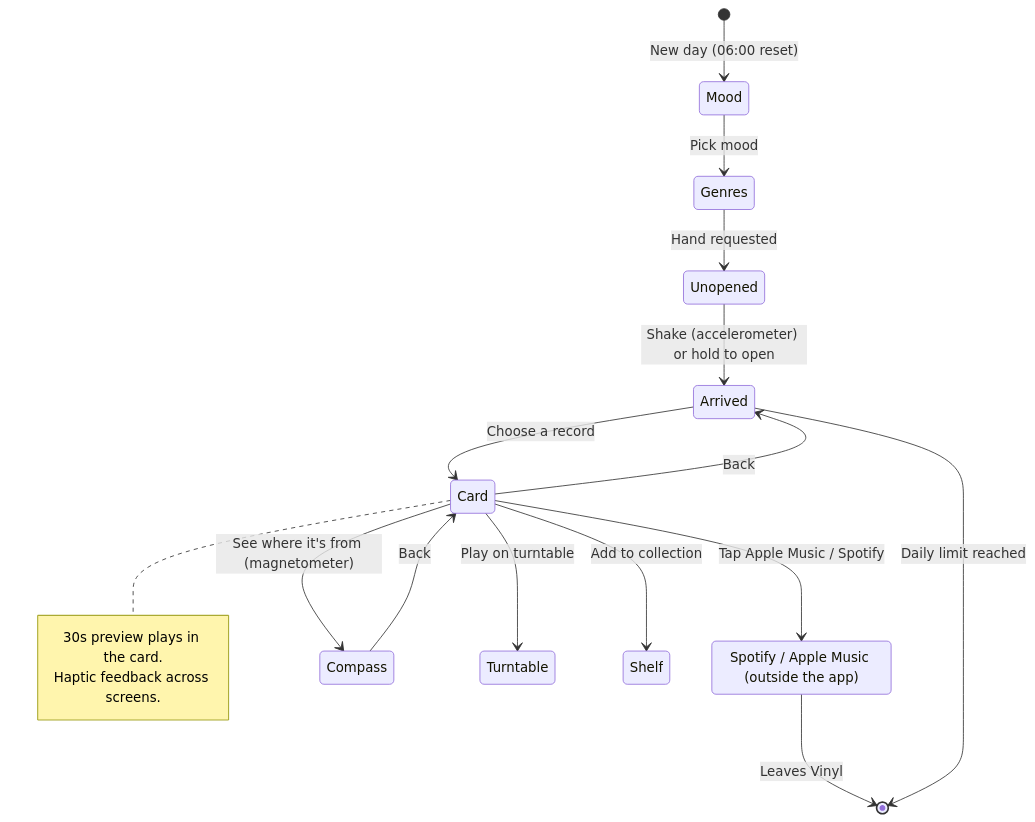
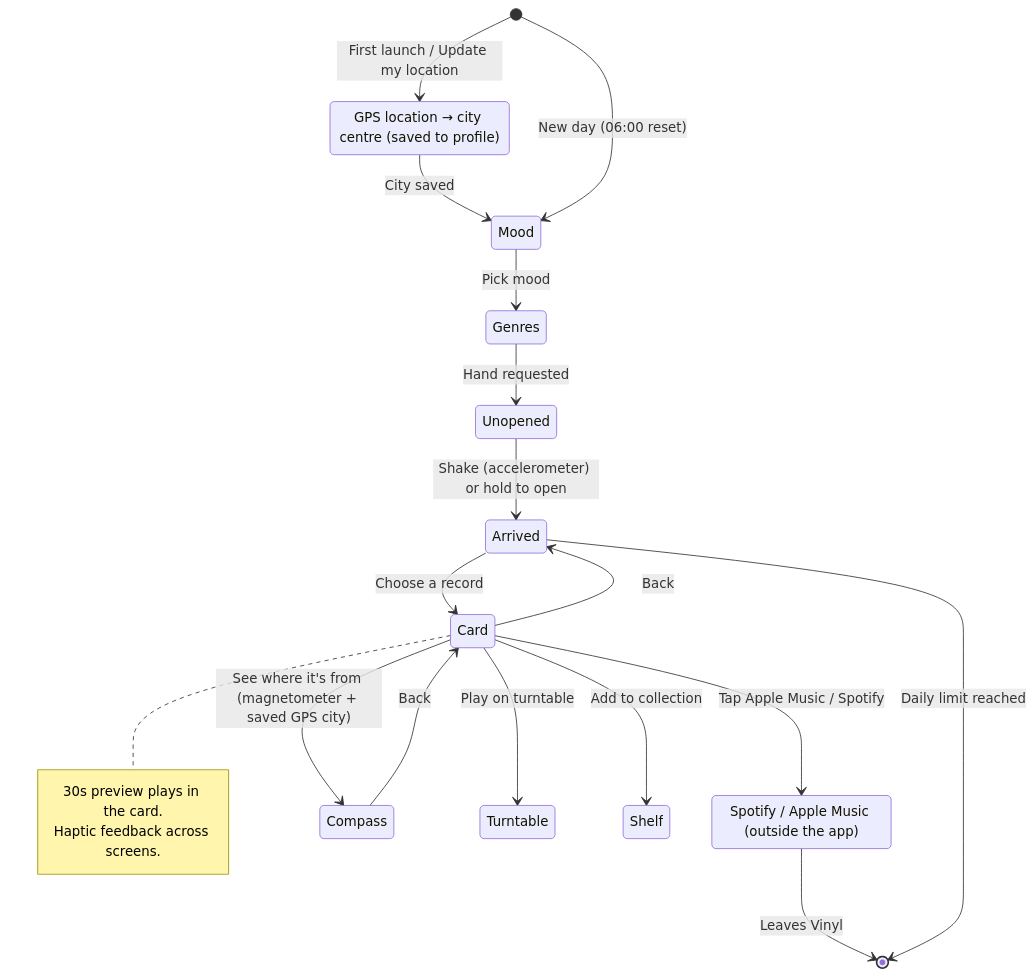
Before and after one commit to killlel/comp90018: the third of 4 diagrams in README.md, drawn with Mermaid. The commit also changed other lines of this file and 1 other file, not shown here.

Commit message:
Updated readme to include gps sensor in the diagrams and etc

````diff
--- a/README.md
+++ b/README.md
@@ -98,23 +105,27 @@
 ```mermaid
 stateDiagram-v2
     state "Spotify / Apple Music (outside the app)" as External
 
+    state "GPS location → city centre (saved to profile)" as Gps
+
+    [*] --> Gps: First launch / Update my location
+    Gps --> Mood: City saved
     [*] --> Mood: New day (06:00 reset)
     Mood --> Genres: Pick mood
     Genres --> Unopened: Hand requested
     Unopened --> Arrived: Shake (accelerometer) or hold to open
     Arrived --> Card: Choose a record
-    Card --> Compass: See where it's from (magnetometer)
+    Card --> Compass: See where it's from (magnetometer + saved GPS city)
     Compass --> Card: Back
     Card --> Turntable: Play on turntable
     Card --> Shelf: Add to collection
     Card --> External: Tap Apple Music / Spotify
     External --> [*]: Leaves Vinyl
     Card --> Arrived: Back
     Arrived --> [*]: Daily limit reached
 
     note right of Card
         30s preview plays in the card.
         Haptic feedback across screens.
     end note
 ```
````
